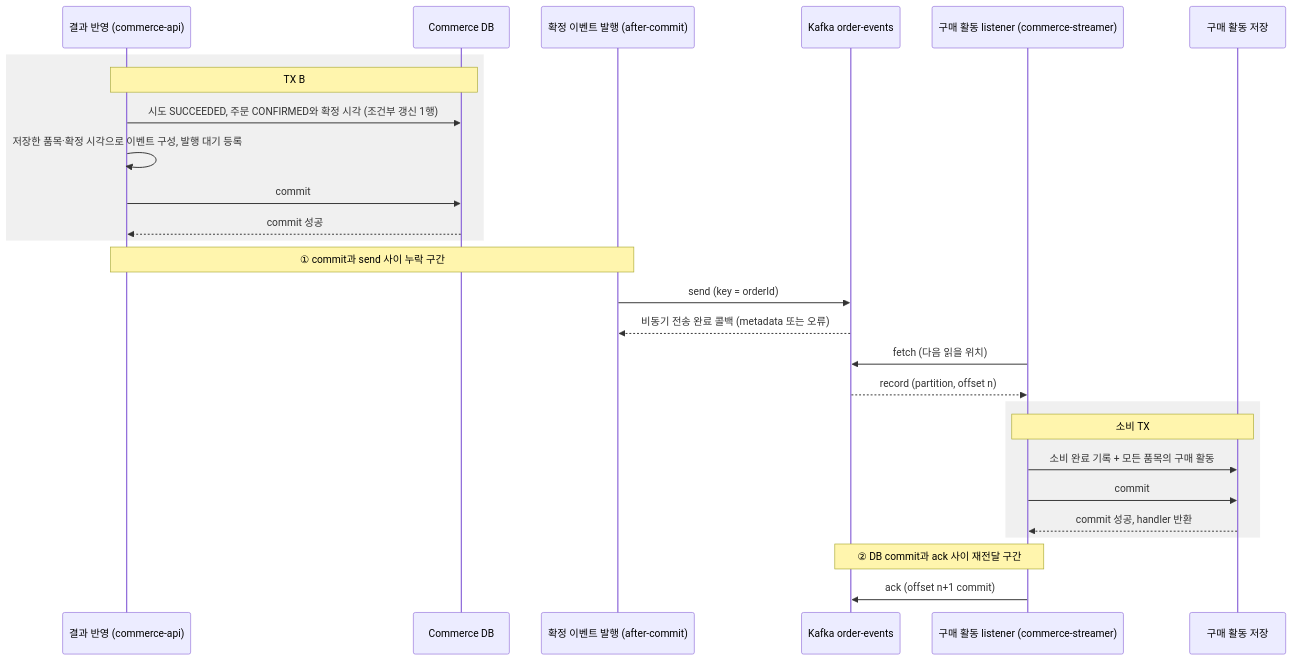
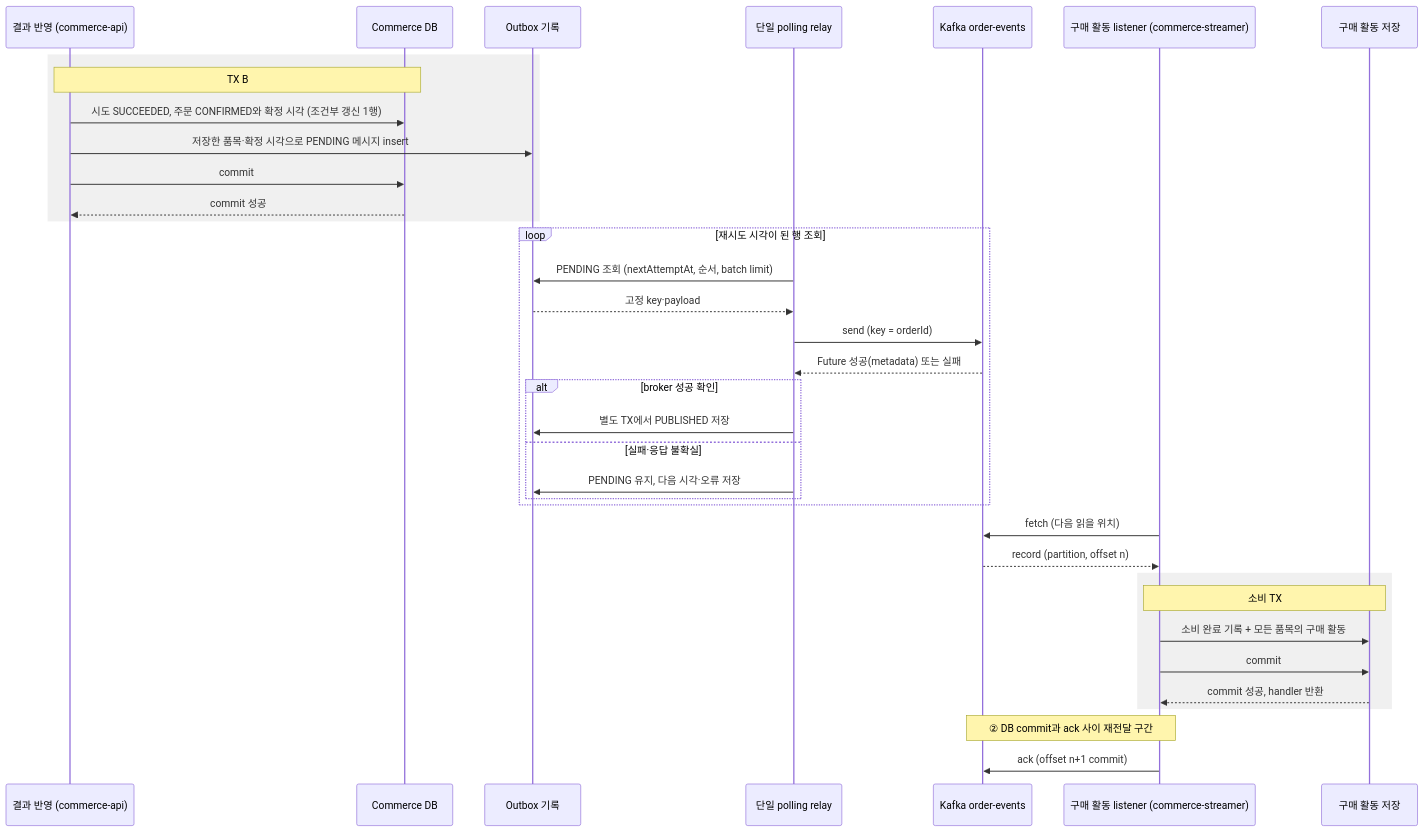
One commit to loopers-labs/loop-pack-be-l2-vol5-java changed the diagram in docs/system-design/use-cases/order-confirmed-event.md. Above: the diagram before and after it, drawn with Mermaid. The commit also changed other lines of this file and 14 other files, not shown here.

Commit message:
feat: 주문 확정 Outbox Relay 구현

````diff
--- a/docs/system-design/use-cases/order-confirmed-event.md
+++ b/docs/system-design/use-cases/order-confirmed-event.md
@@ -42,30 +42,39 @@
 ```mermaid
 sequenceDiagram
     participant Result as 결과 반영 (commerce-api)
     participant DB as Commerce DB
-    participant Publisher as 확정 이벤트 발행 (after-commit)
+    participant Outbox as Outbox 기록
+    participant Relay as 단일 polling relay
     participant Kafka as Kafka order-events
     participant Listener as 구매 활동 listener (commerce-streamer)
     participant ADB as 구매 활동 저장
 
     rect rgba(128, 128, 128, 0.12)
         Note over Result,DB: TX B
         Result->>DB: 시도 SUCCEEDED, 주문 CONFIRMED와 확정 시각 (조건부 갱신 1행)
-        Result->>Result: 저장한 품목·확정 시각으로 이벤트 구성, 발행 대기 등록
+        Result->>Outbox: 저장한 품목·확정 시각으로 PENDING 메시지 insert
         Result->>DB: commit
         DB-->>Result: commit 성공
     end
-    Note over Result,Publisher: ① commit과 send 사이 누락 구간
-    Publisher->>Kafka: send (key = orderId)
-    Kafka-->>Publisher: 비동기 전송 완료 콜백 (metadata 또는 오류)
+    loop 재시도 시각이 된 행 조회
+        Relay->>Outbox: PENDING 조회 (nextAttemptAt, 순서, batch limit)
+        Outbox-->>Relay: 고정 key·payload
+        Relay->>Kafka: send (key = orderId)
+        Kafka-->>Relay: Future 성공(metadata) 또는 실패
+        alt broker 성공 확인
+            Relay->>Outbox: 별도 TX에서 PUBLISHED 저장
+        else 실패·응답 불확실
+            Relay->>Outbox: PENDING 유지, 다음 시각·오류 저장
+        end
+    end
     Listener->>Kafka: fetch (다음 읽을 위치)
     Kafka-->>Listener: record (partition, offset n)
     rect rgba(128, 128, 128, 0.12)
         Note over Listener,ADB: 소비 TX
         Listener->>ADB: 소비 완료 기록 + 모든 품목의 구매 활동
         Listener->>ADB: commit
         ADB-->>Listener: commit 성공, handler 반환
     end
     Note over Listener,Kafka: ② DB commit과 ack 사이 재전달 구간
     Listener->>Kafka: ack (offset n+1 commit)
 ```
````
